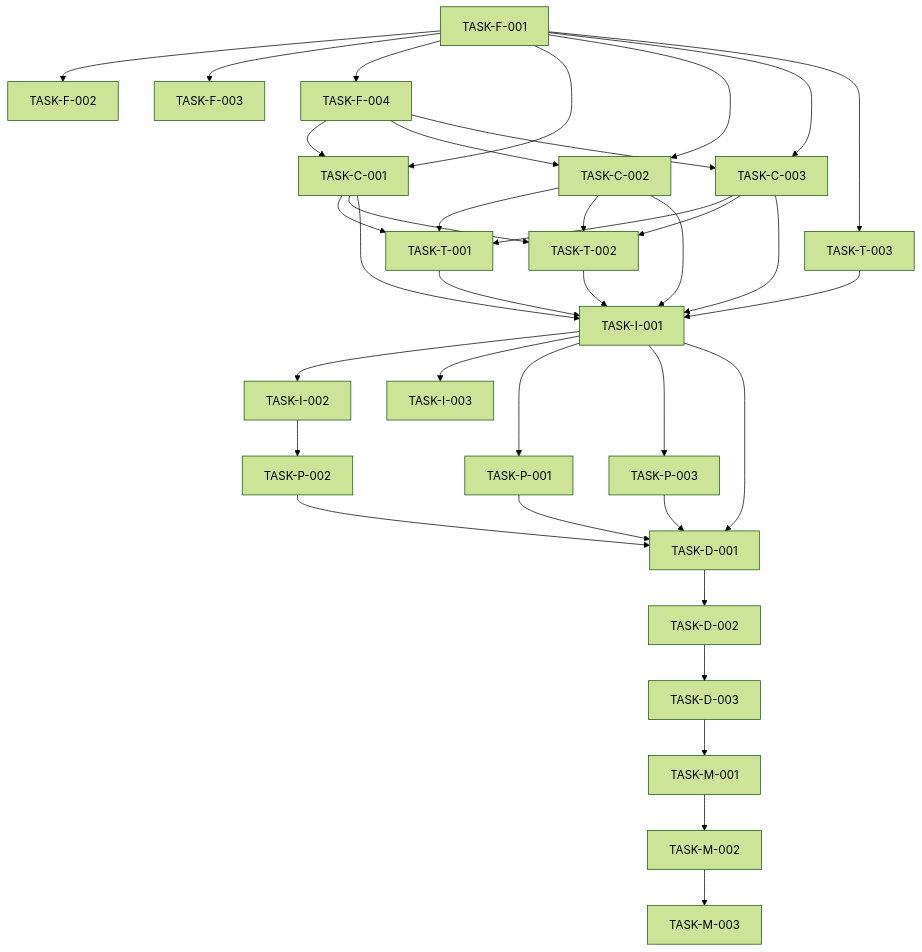
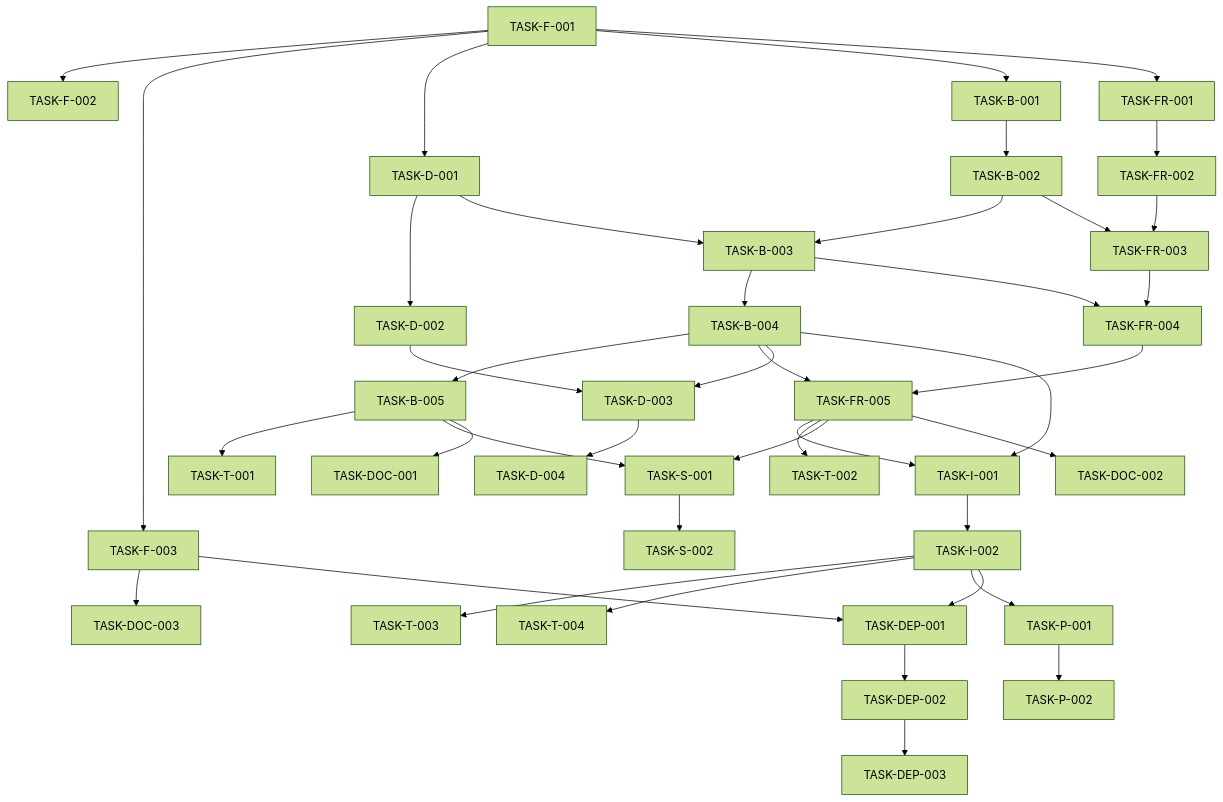
Before and after one commit to SylphxAI/flow: the diagram in src/templates/tasks-template.md, drawn with Mermaid (forest theme). The commit also changed other lines of this file and 5 other files, not shown here.

````diff
--- a/src/templates/tasks-template.md
+++ b/src/templates/tasks-template.md
@@ -183,44 +268,56 @@
 ```mermaid
 graph TD
+    %% Wave 1 Foundation (Parallel)
     F001[TASK-F-001] --> F002[TASK-F-002]
     F001 --> F003[TASK-F-003]
-    F001 --> F004[TASK-F-004]
+    F001 --> D001[TASK-D-001]
+    D001 --> D002[TASK-D-002]
+    F001 --> B001[TASK-B-001]
+    B001 --> B002[TASK-B-002]
+    F001 --> FR001[TASK-FR-001]
+    FR001 --> FR002[TASK-FR-002]
     
-    F001 --> C001[TASK-C-001]
-    F004 --> C001
-    F001 --> C002[TASK-C-002]
-    F004 --> C002
-    F001 --> C003[TASK-C-003]
-    F004 --> C003
+    %% Wave 2 Core Features (Parallel)
+    B002 --> B003[TASK-B-003]
+    D001 --> B003
+    B003 --> B004[TASK-B-004]
+    B004 --> B005[TASK-B-005]
     
-    C001 --> T001[TASK-T-001]
-    C002 --> T001
-    C003 --> T001
-    C001 --> T002[TASK-T-002]
-    C002 --> T002
-    C003 --> T002
-    F001 --> T003[TASK-T-003]
+    B002 --> FR003[TASK-FR-003]
+    FR002 --> FR003
+    FR003 --> FR004[TASK-FR-004]
+    B003 --> FR004
+    FR004 --> FR005[TASK-FR-005]
+    B004 --> FR005
     
-    C001 --> I001[TASK-I-001]
-    C002 --> I001
-    C003 --> I001
-    T001 --> I001
-    T002 --> I001
-    T003 --> I001
+    D002 --> D003[TASK-D-003]
+    B004 --> D003
+    D003 --> D004[TASK-D-004]
     
+    %% Wave 3 Integration & Testing
+    B004 --> I001[TASK-I-001]
+    FR005 --> I001
     I001 --> I002[TASK-I-002]
-    I001 --> I003[TASK-I-003]
-    I001 --> P001[TASK-P-001]
-    I002 --> P002[TASK-P-002]
-    I001 --> P003[TASK-P-003]
     
-    I001 --> D001[TASK-D-001]
-    P001 --> D001
-    P002 --> D001
-    P003 --> D001
-    D001 --> D002[TASK-D-002]
-    D002 --> D003[TASK-D-003]
-    D003 --> M001[TASK-M-001]
-    M001 --> M002[TASK-M-002]
-    M002 --> M003[TASK-M-003]
+    B005 --> T001[TASK-T-001]
+    FR005 --> T002[TASK-T-002]
+    I002 --> T003[TASK-T-003]
+    I002 --> T004[TASK-T-004]
+    
+    B005 --> S001[TASK-S-001]
+    FR005 --> S001
+    S001 --> S002[TASK-S-002]
+    
+    I002 --> P001[TASK-P-001]
+    P001 --> P002[TASK-P-002]
+    
+    %% Wave 4 Documentation & Deployment
+    B005 --> DOC001[TASK-DOC-001]
+    FR005 --> DOC002[TASK-DOC-002]
+    F003 --> DOC003[TASK-DOC-003]
+    
+    F003 --> DEP001[TASK-DEP-001]
+    I002 --> DEP001
+    DEP001 --> DEP002[TASK-DEP-002]
+    DEP002 --> DEP003[TASK-DEP-003]
 ```
````
